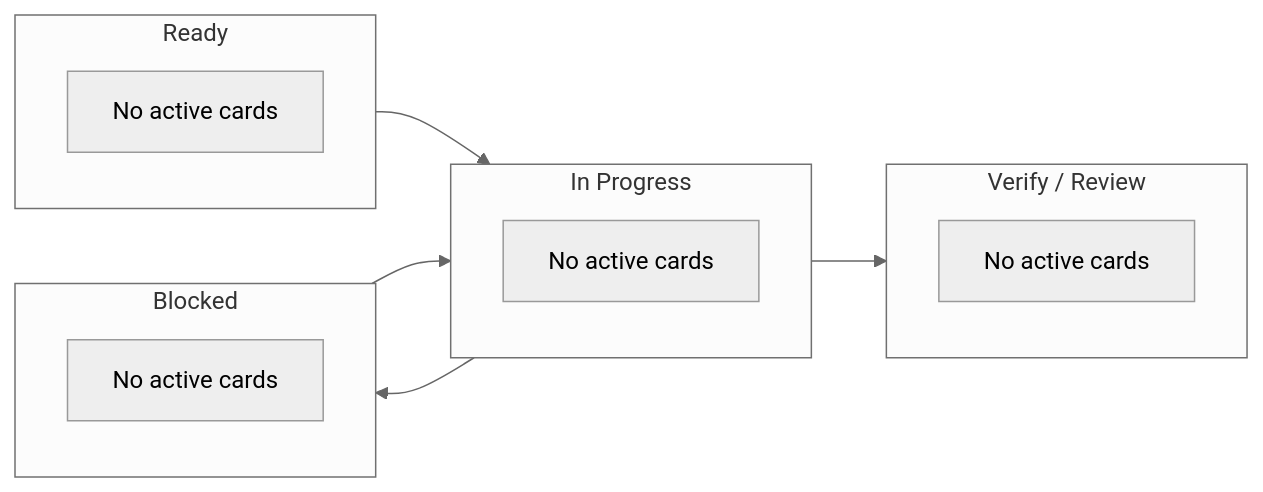
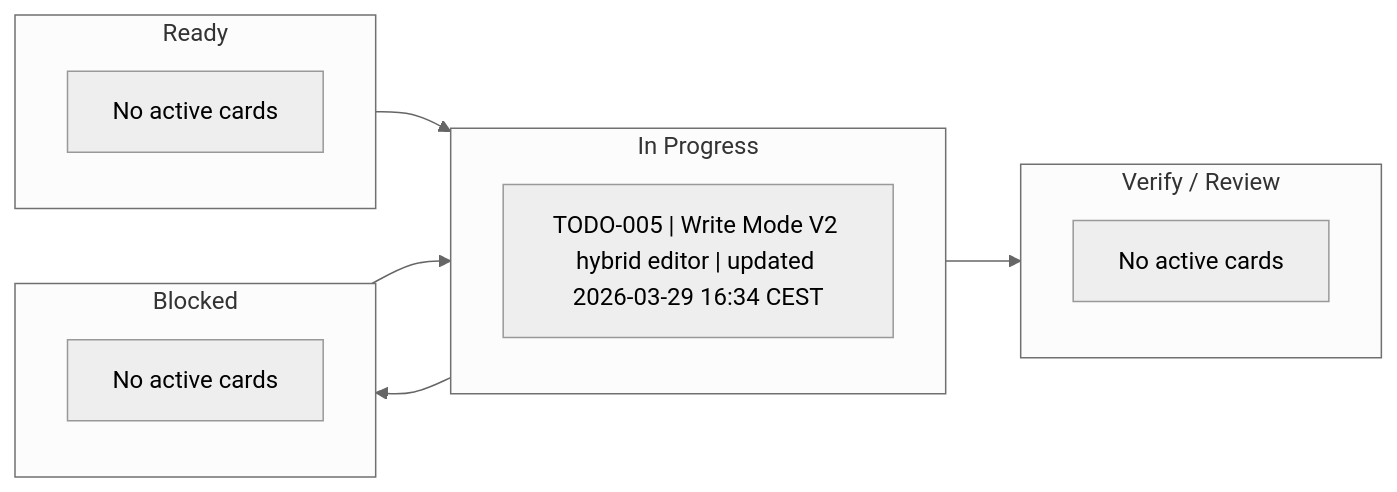
Before and after one commit to shomsy/step-by-step-animator: the diagram in .agents/management/ACTIVE.md, drawn with Mermaid (neutral theme). The commit also changed 3 other files, not shown here.

Commit message:
Refine Write Mode V2 management plan

````diff
--- a/.agents/management/ACTIVE.md
+++ b/.agents/management/ACTIVE.md
@@ -20,23 +20,23 @@
 ```mermaid
 flowchart LR
     subgraph Ready["Ready"]
         R0["No active cards"]
     end
 
     subgraph InProgress["In Progress"]
-        P0["No active cards"]
+        P1["TODO-005 | Write Mode V2 hybrid editor | updated 2026-03-29 16:34 CEST"]
     end
 
     subgraph Blocked["Blocked"]
         B0["No active cards"]
     end
 
     subgraph Verify["Verify / Review"]
         V0["No active cards"]
     end
 
     Ready --> InProgress
     InProgress --> Verify
     InProgress --> Blocked
     Blocked --> InProgress
 ```
````
